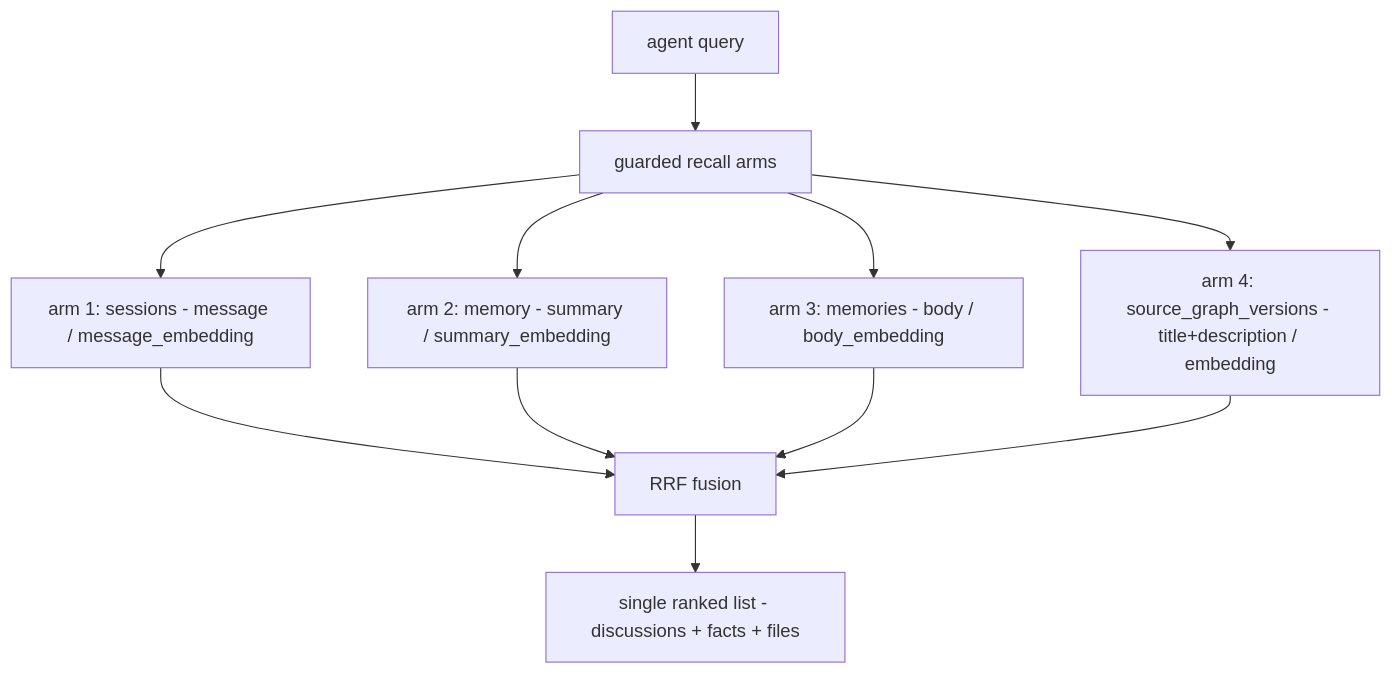
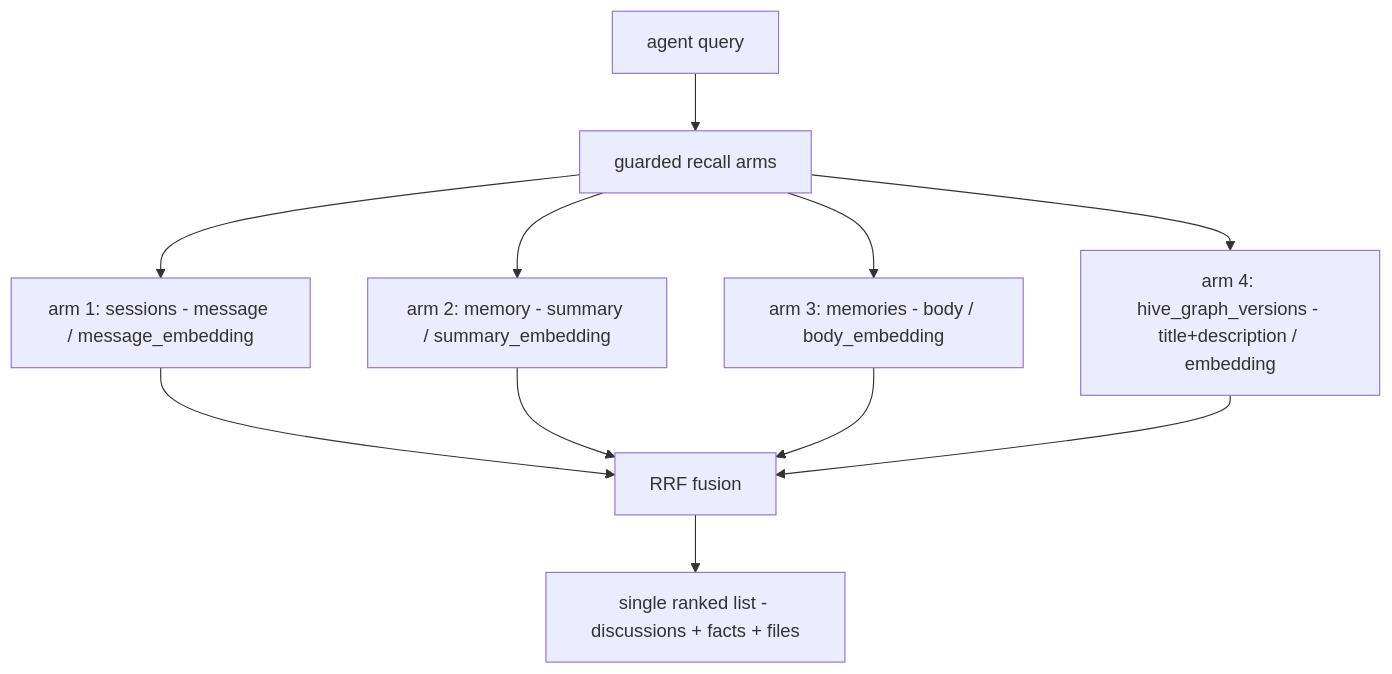
The diagram in library/knowledge/private/data/recall-integration-deep-dive/recall-integration-technical-specification.md (legioncodeinc/nectar), drawn with Mermaid before and after one commit. The commit also changed other lines of this file and 337 other files, not shown here.

````diff
--- a/library/knowledge/private/data/recall-integration-deep-dive/recall-integration-technical-specification.md
+++ b/library/knowledge/private/data/recall-integration-deep-dive/recall-integration-technical-specification.md
@@ -129,13 +129,13 @@
 ```mermaid
 flowchart TD
     q["agent query"] --> arms["guarded recall arms"]
     arms --> arm1["arm 1: sessions - message / message_embedding"]
     arms --> arm2["arm 2: memory - summary / summary_embedding"]
     arms --> arm3["arm 3: memories - body / body_embedding"]
-    arms --> arm4["arm 4: source_graph_versions - title+description / embedding"]
+    arms --> arm4["arm 4: hive_graph_versions - title+description / embedding"]
     arm1 --> rrf["RRF fusion"]
     arm2 --> rrf
     arm3 --> rrf
     arm4 --> rrf
     rrf --> ranked["single ranked list - discussions + facts + files"]
 ```
````
